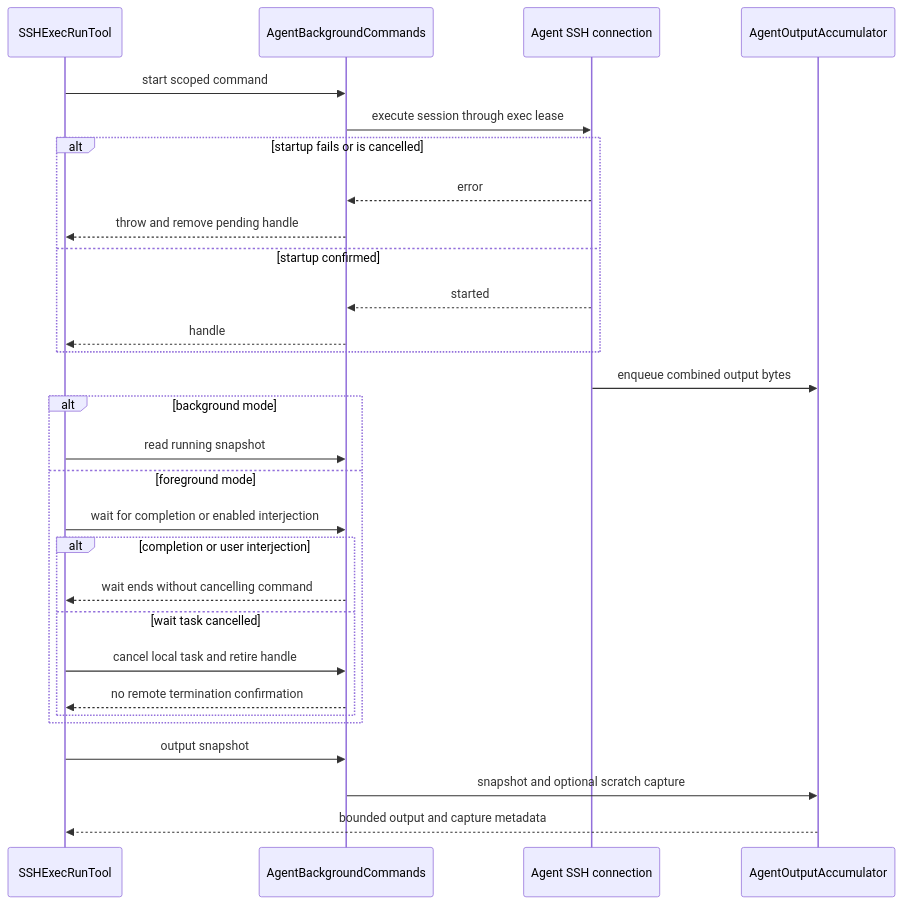
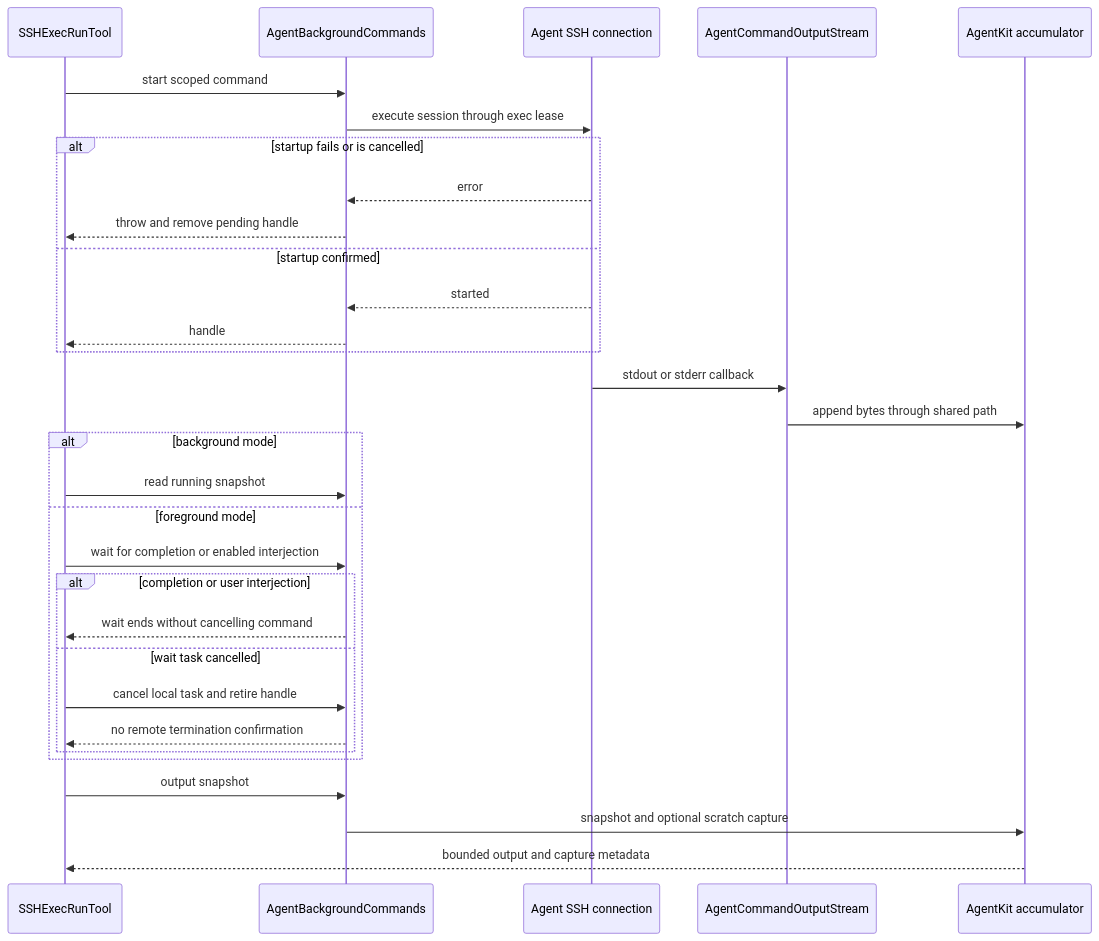
One commit to AkinoKaede/Termind changed the fourth of 5 diagrams in openwiki/concepts/remote-services-and-forwarding.md. Above: the diagram before and after it, drawn with Mermaid. The commit also changed other lines of this file and 54 other files, not shown here.

````diff
--- a/openwiki/concepts/remote-services-and-forwarding.md
+++ b/openwiki/concepts/remote-services-and-forwarding.md
@@ -260,31 +260,33 @@
 ```mermaid
 sequenceDiagram
     participant Tool as SSHExecRunTool
     participant Commands as AgentBackgroundCommands
     participant SSH as Agent SSH connection
-    participant Output as AgentOutputAccumulator
+    participant Stream as AgentCommandOutputStream
+    participant Output as AgentKit accumulator
     Tool->>Commands: start scoped command
     Commands->>SSH: execute session through exec lease
     alt startup fails or is cancelled
         SSH-->>Commands: error
         Commands-->>Tool: throw and remove pending handle
     else startup confirmed
         SSH-->>Commands: started
         Commands-->>Tool: handle
     end
-    SSH->>Output: enqueue combined output bytes
+    SSH->>Stream: stdout or stderr callback
+    Stream->>Output: append bytes through shared path
     alt background mode
         Tool->>Commands: read running snapshot
     else foreground mode
         Tool->>Commands: wait for completion or enabled interjection
         alt completion or user interjection
             Commands-->>Tool: wait ends without cancelling command
         else wait task cancelled
             Tool->>Commands: cancel local task and retire handle
             Commands-->>Tool: no remote termination confirmation
         end
     end
     Tool->>Commands: output snapshot
     Commands->>Output: snapshot and optional scratch capture
     Output-->>Tool: bounded output and capture metadata
 ```
````
